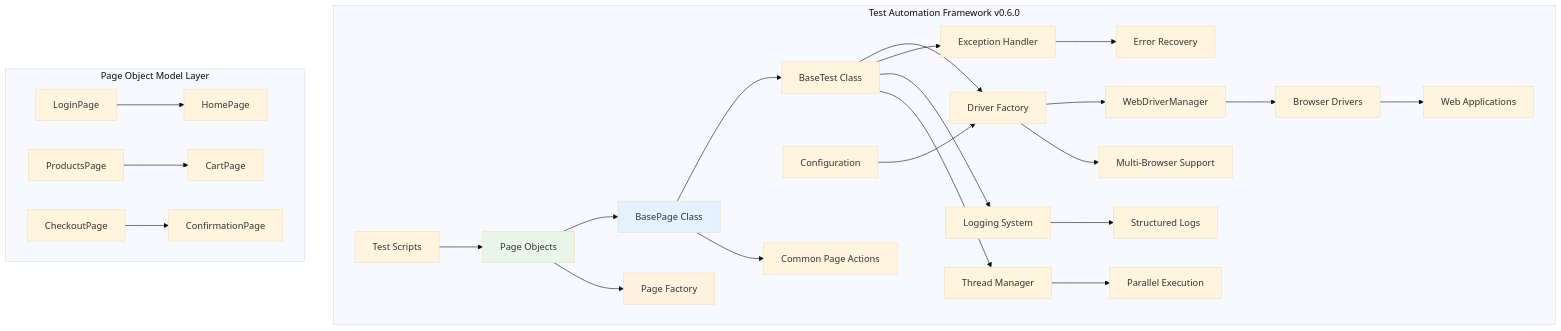
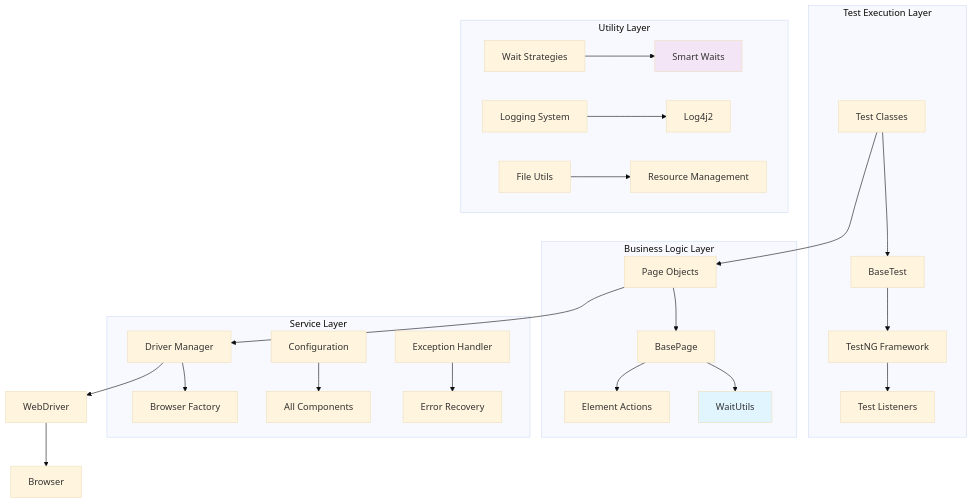
Before and after one commit to Anuj-Patiyal/hybrid-framework: the first of 5 diagrams in README.md, drawn with Mermaid (base theme). The commit also changed other lines of this file and 10 other files, not shown here.

First line of the commit message:
🎯 [RELEASE] v0.7.0 - Smart Wait Utilities Release (#38)

````diff
--- a/README.md
+++ b/README.md
@@ -80,34 +72,34 @@
 ```mermaid
 graph TB
-    subgraph "Test Automation Framework v0.6.0"
-        A[Test Scripts] --> B[Page Objects]
-        B --> C[BasePage Class]
-        C --> D[BaseTest Class]
-        D --> E[Driver Factory]
-        E --> F[WebDriverManager]
-        F --> G[Browser Drivers]
-        G --> H[Web Applications]
-        
-        I[Configuration] --> E
-        J[Exception Handler] --> K[Error Recovery]
-        L[Logging System] --> M[Structured Logs]
-        N[Thread Manager] --> O[Parallel Execution]
-        
-        B --> P[Page Factory]
-        C --> Q[Common Page Actions]
-        D --> J
-        D --> L
-        D --> N
-        E --> R[Multi-Browser Support]
+    subgraph "Test Execution Layer"
+        A[Test Classes] --> B[BaseTest]
+        B --> C[TestNG Framework]
+        C --> D[Test Listeners]
     end
     
-    subgraph "Page Object Model Layer"
-        S[LoginPage] --> T[HomePage]
-        U[ProductsPage] --> V[CartPage]
-        W[CheckoutPage] --> X[ConfirmationPage]
+    subgraph "Business Logic Layer"
+        E[Page Objects] --> F[BasePage]
+        F --> G[WaitUtils]
+        F --> H[Element Actions]
     end
     
-    style B fill:#e8f5e8
-    style C fill:#e3f2fd
-    style P fill:#fff3e0
+    subgraph "Service Layer"
+        I[Driver Manager] --> J[Browser Factory]
+        K[Configuration] --> L[All Components]
+        M[Exception Handler] --> N[Error Recovery]
+    end
+    
+    subgraph "Utility Layer"
+        O[Wait Strategies] --> P[Smart Waits]
+        Q[Logging System] --> R[Log4j2]
+        S[File Utils] --> T[Resource Management]
+    end
+    
+    A --> E
+    E --> I
+    I --> U[WebDriver]
+    U --> V[Browser]
+    
+    style G fill:#e1f5fe
+    style P fill:#f3e5f5
 ```
````
